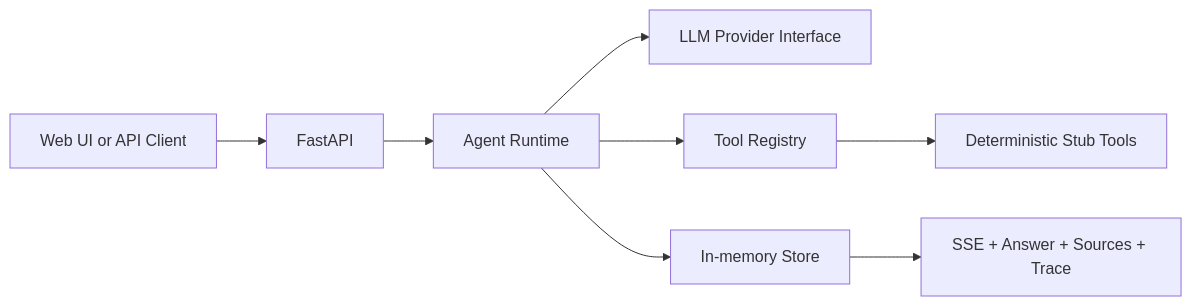
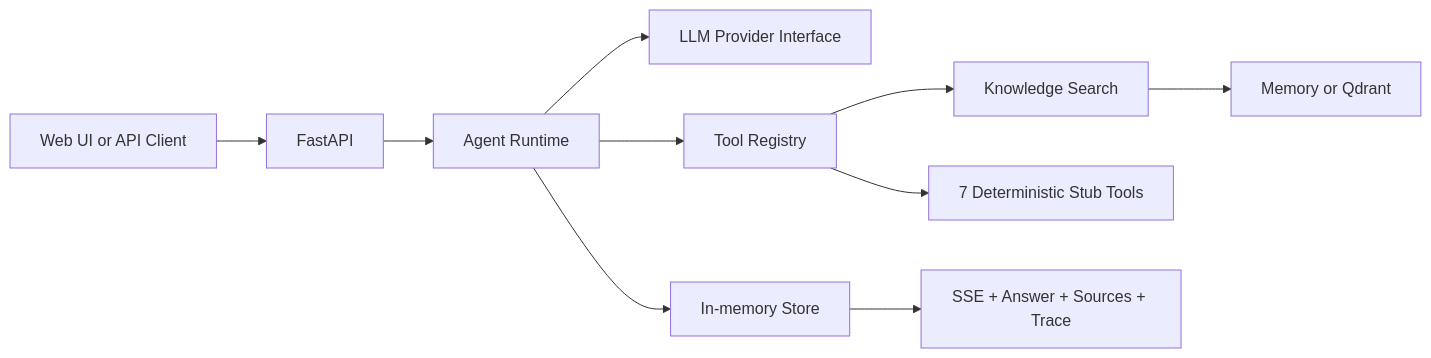
One commit to Today-Hbw/enterprise-research-agent changed the diagram in README.md. Above: the diagram before and after it, drawn with Mermaid. The commit also changed other lines of this file and 22 other files, not shown here.

````diff
--- a/README.md
+++ b/README.md
@@ -22,10 +23,12 @@
 ```mermaid
 flowchart LR
     UI[Web UI or API Client] --> API[FastAPI]
     API --> RT[Agent Runtime]
     RT --> LLM[LLM Provider Interface]
     RT --> REG[Tool Registry]
-    REG --> STUB[Deterministic Stub Tools]
+    REG --> KNOW[Knowledge Search]
+    KNOW --> QDRANT[Memory or Qdrant]
+    REG --> STUB[7 Deterministic Stub Tools]
     RT --> STORE[In-memory Store]
     STORE --> OUT[SSE + Answer + Sources + Trace]
 ```
````
